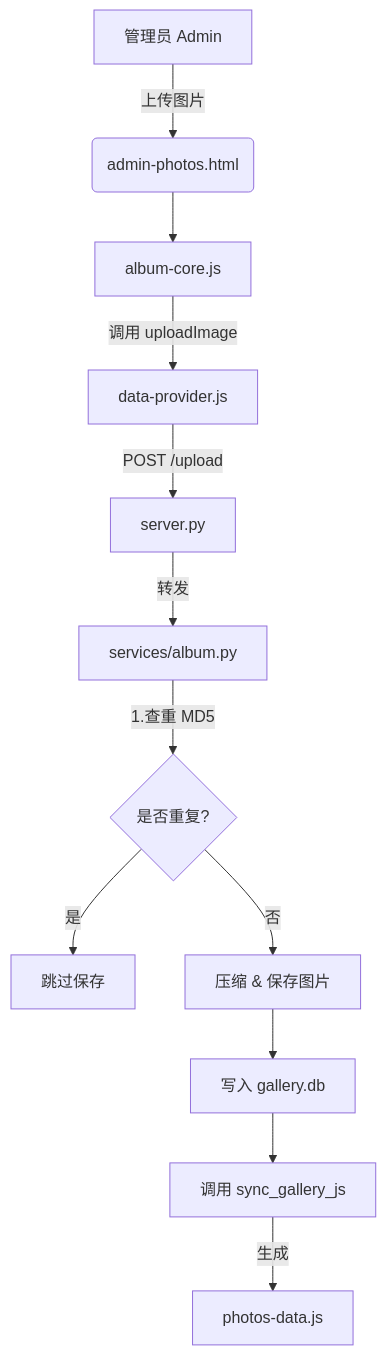
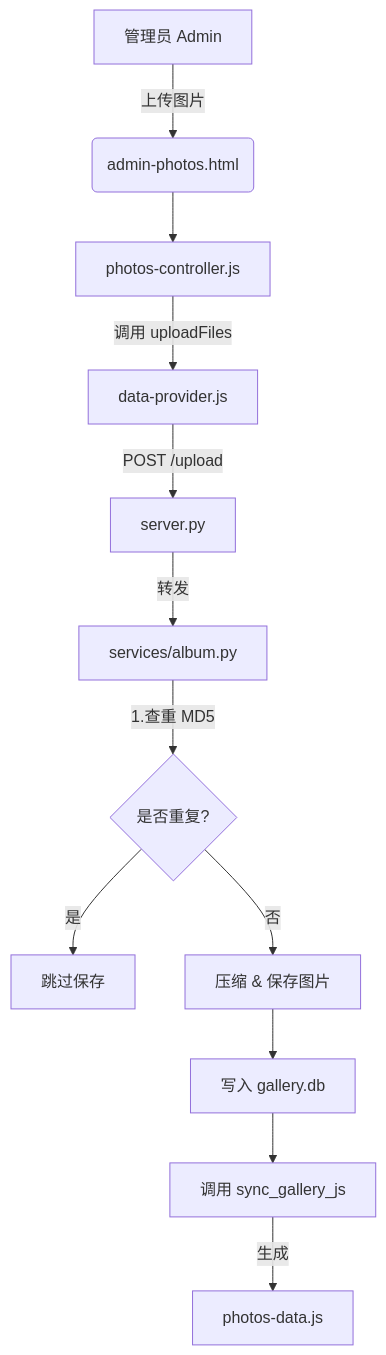
One commit to MAERS05/MAERS-Public-Web changed the second of 2 diagrams in _说明/项目说明书.md. Above: the diagram before and after it, drawn with Mermaid. The commit also changed other lines of this file and 67 other files, not shown here.

````diff
--- a/_说明/项目说明书.md
+++ b/_说明/项目说明书.md
@@ -256,14 +226,14 @@
 ```mermaid
 graph TD
 A[管理员 Admin] -->|上传图片| B(admin-photos.html)
-B --> C[album-core.js]
-C -->|调用 uploadImage| D[data-provider.js]
+B --> C[photos-controller.js]
+C -->|调用 uploadFiles| D[data-provider.js]
 D -->|POST /upload| E[server.py]
 E -->|转发| F[services/album.py]
 F -->|1.查重 MD5| G{是否重复?}
 G --是--> H[跳过保存]
 G --否--> I[压缩 & 保存图片]
 I --> J[写入 gallery.db]
 J --> K[调用 sync_gallery_js]
 K -->|生成| L[photos-data.js]
 ```
````
